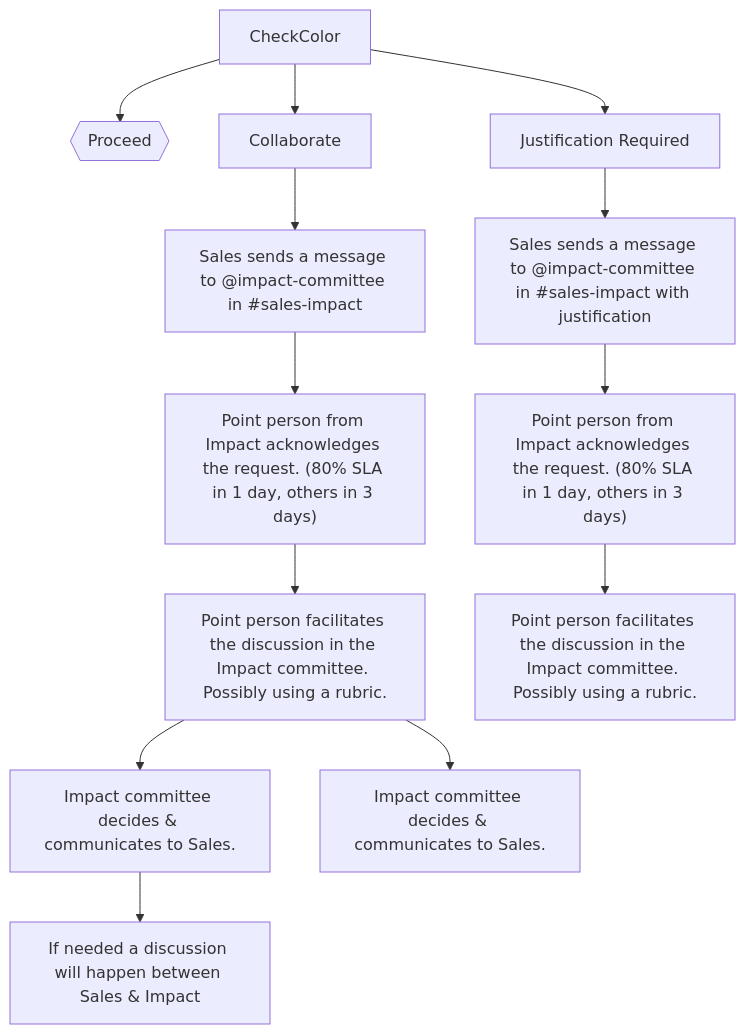
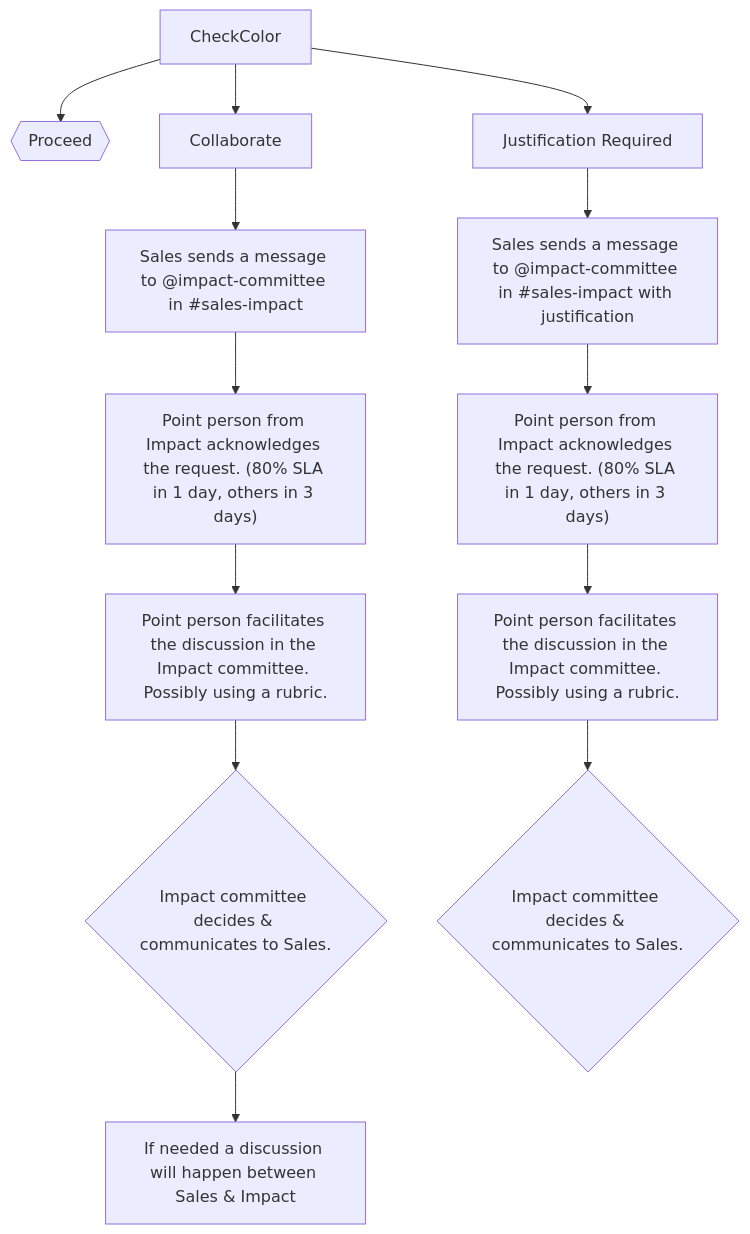
The first of 3 diagrams in impact2.md (mgifford/mermaid-graphs), drawn with Mermaid before and after one commit.

Commit message:
decisions

````diff
--- a/impact2.md
+++ b/impact2.md
@@ -7,16 +7,16 @@
 ```mermaid
 graph TD
     CheckColor-->IsGreen{{Proceed}};
     CheckColor-->isYellow[Collaborate];
     CheckColor-->isJustificationRequired["Justification Required"];
     isYellow-->salesAlertsImpactsYellow["Sales sends a message to @impact-committee in #sales-impact"];
    salesAlertsImpactsYellow-->ImpactResponds["Point person from Impact acknowledges the request. (80% SLA in 1 day, others in 3 days)"];
    ImpactResponds-->ImpactDiscusses["Point person facilitates the discussion in the Impact committee. Possibly using a rubric."];
-  ImpactDiscusses-->Decision["Impact committee decides & communicates to Sales."];
+  ImpactDiscusses-->Decision{"Impact committee decides & communicates to Sales."};
   Decision-->Discussion["If needed a discussion will happen between Sales & Impact"];
 
   isJustificationRequired-->salesAlertsImpactsRed["Sales sends a message to @impact-committee in #sales-impact with justification"];
   salesAlertsImpactsRed-->ImpactRespondsRed["Point person from Impact acknowledges the request. (80% SLA in 1 day, others in 3 days)"];
   ImpactRespondsRed-->ImpactDiscussesRed["Point person facilitates the discussion in the Impact committee. Possibly using a rubric."];
-  ImpactDiscusses-->DecisionRed["Impact committee decides & communicates to Sales."];
+  ImpactDiscussesRed-->DecisionRed{"Impact committee decides & communicates to Sales."};
 ```
````
